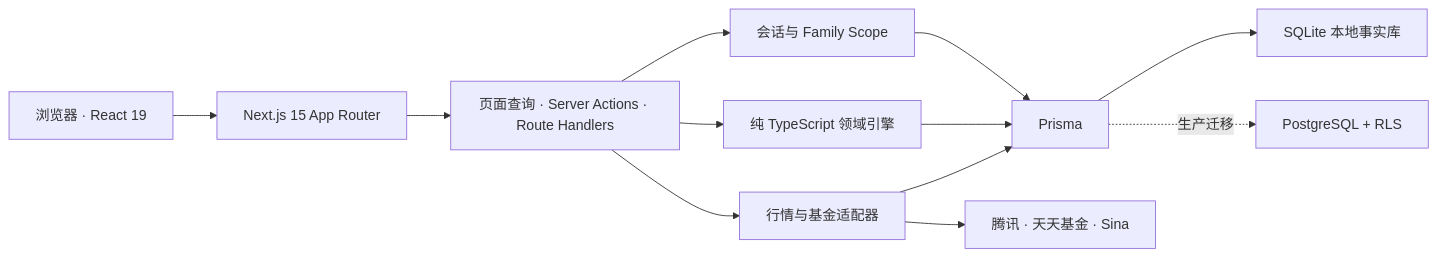
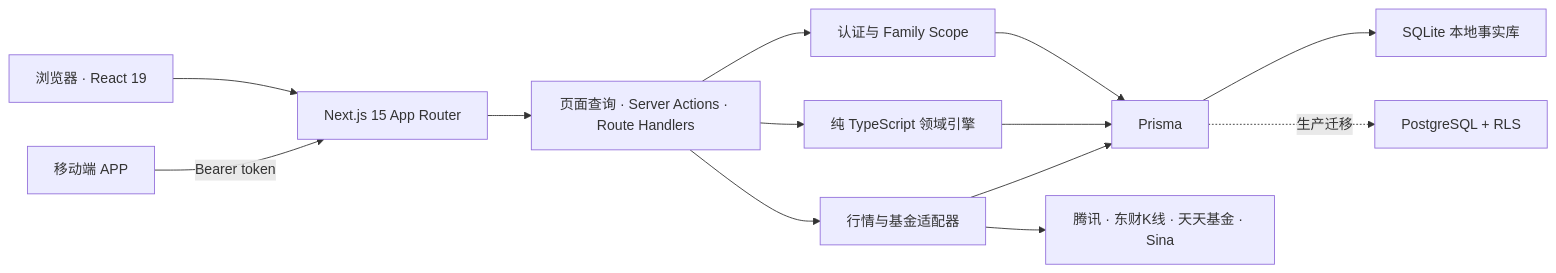
The diagram in context/ARCHITECTURE.md (briskkk/compounding-life-os), drawn with Mermaid before and after one commit. The commit also changed other lines of this file and 5 other files, not shown here.

````diff
--- a/context/ARCHITECTURE.md
+++ b/context/ARCHITECTURE.md
@@ -11,14 +11,15 @@
 ```mermaid
 flowchart LR
-  U["浏览器 · React 19"] --> N["Next.js 15 App Router"]
+  W["浏览器 · React 19"] --> N["Next.js 15 App Router"]
+  A["移动端 APP"] -->|"Bearer token"| N
   N --> P["页面查询 · Server Actions · Route Handlers"]
-  P --> S["会话与 Family Scope"]
+  P --> S["认证与 Family Scope"]
   P --> E["纯 TypeScript 领域引擎"]
   P --> M["行情与基金适配器"]
   S --> D["Prisma"]
   E --> D
   M --> D
   D --> Q["SQLite 本地事实库"]
   D -.生产迁移.-> G["PostgreSQL + RLS"]
-  M --> X["腾讯 · 天天基金 · Sina"]
+  M --> X["腾讯 · 东财K线 · 天天基金 · Sina"]
 ```
````
